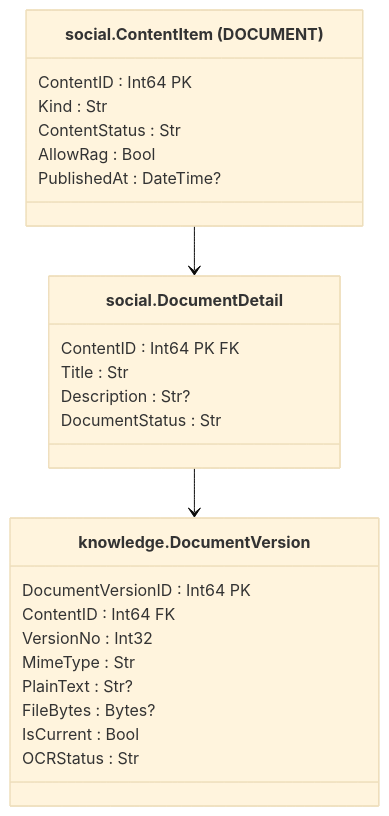
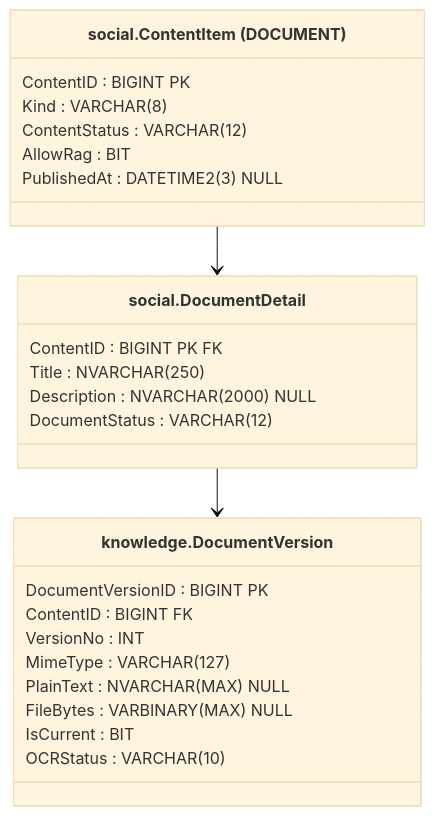
Before and after one commit to lkeey/BIVT-labs: the sixth of 15 diagrams in 03SQL-CourseWork/architecture/database-model.md, drawn with Mermaid (base theme). The commit also changed other lines of this file, not shown here.

Commit message:
docs(coursework): use exact T-SQL types in database diagrams

```diff
--- a/03SQL-CourseWork/architecture/database-model.md
+++ b/03SQL-CourseWork/architecture/database-model.md
@@ -218,29 +218,29 @@
 ~~~mermaid
 classDiagram
     direction TB
     class I["social.ContentItem (DOCUMENT)"] {
-        ContentID : Int64 PK
-        Kind : Str
-        ContentStatus : Str
-        AllowRag : Bool
-        PublishedAt : DateTime?
+        ContentID : BIGINT PK
+        Kind : VARCHAR#40;8#41;
+        ContentStatus : VARCHAR#40;12#41;
+        AllowRag : BIT
+        PublishedAt : DATETIME2#40;3#41; NULL
     }
     class D["social.DocumentDetail"] {
-        ContentID : Int64 PK FK
-        Title : Str
-        Description : Str?
-        DocumentStatus : Str
+        ContentID : BIGINT PK FK
+        Title : NVARCHAR#40;250#41;
+        Description : NVARCHAR#40;2000#41; NULL
+        DocumentStatus : VARCHAR#40;12#41;
     }
     class V["knowledge.DocumentVersion"] {
-        DocumentVersionID : Int64 PK
-        ContentID : Int64 FK
-        VersionNo : Int32
-        MimeType : Str
-        PlainText : Str?
-        FileBytes : Bytes?
-        IsCurrent : Bool
-        OCRStatus : Str
+        DocumentVersionID : BIGINT PK
+        ContentID : BIGINT FK
+        VersionNo : INT
+        MimeType : VARCHAR#40;127#41;
+        PlainText : NVARCHAR#40;MAX#41; NULL
+        FileBytes : VARBINARY#40;MAX#41; NULL
+        IsCurrent : BIT
+        OCRStatus : VARCHAR#40;10#41;
     }
     I --> D
     D --> V
 ~~~
```
